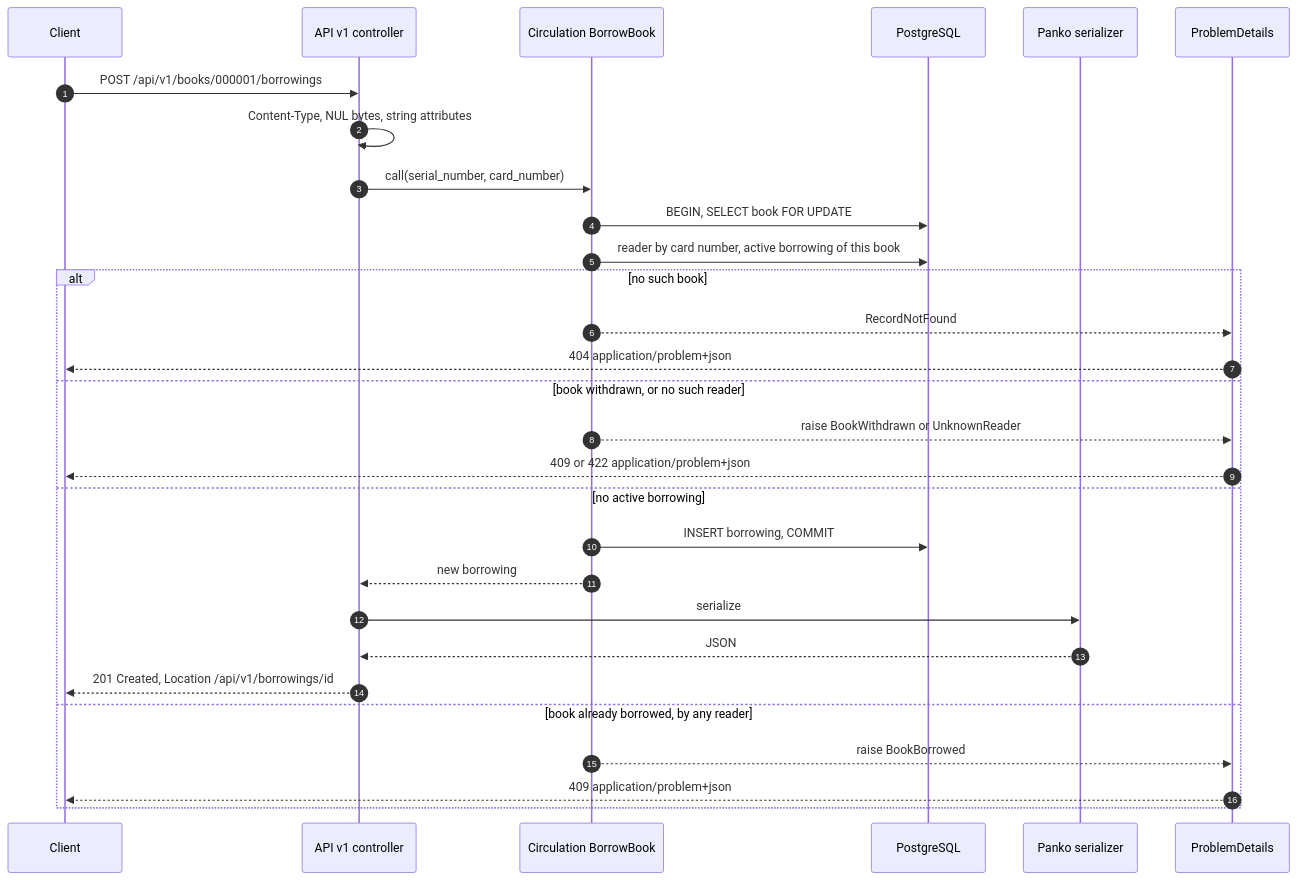
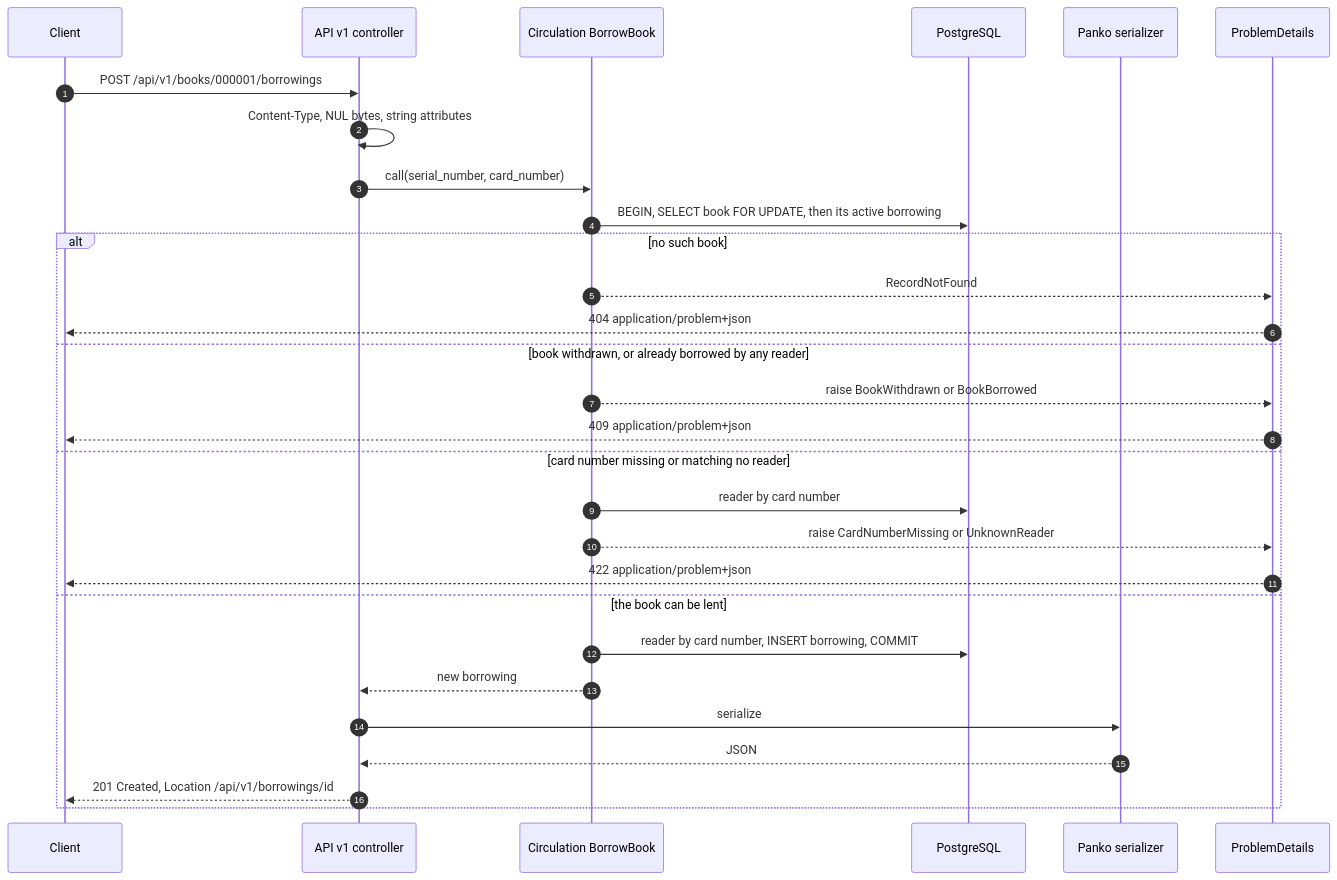
One commit to bbronek/bookcase-api changed the second of 6 diagrams in docs/diagrams.md. Above: the diagram before and after it, drawn with Mermaid. The commit also changed other lines of this file and 4 other files, not shown here.

Commit message:
docs: bring the README, AGENTS.md and diagrams up to date

````diff
--- a/docs/diagrams.md
+++ b/docs/diagrams.md
@@ -39,32 +39,32 @@
 ```mermaid
 sequenceDiagram
     autonumber
     participant C as Client
     participant Ctl as API v1 controller
     participant Cmd as Circulation BorrowBook
     participant DB as PostgreSQL
     participant S as Panko serializer
     participant P as ProblemDetails
 
     C->>Ctl: POST /api/v1/books/000001/borrowings
     Ctl->>Ctl: Content-Type, NUL bytes, string attributes
     Ctl->>Cmd: call(serial_number, card_number)
-    Cmd->>DB: BEGIN, SELECT book FOR UPDATE
-    Cmd->>DB: reader by card number, active borrowing of this book
+    Cmd->>DB: BEGIN, SELECT book FOR UPDATE, then its active borrowing
     alt no such book
         Cmd-->>P: RecordNotFound
         P-->>C: 404 application/problem+json
-    else book withdrawn, or no such reader
-        Cmd-->>P: raise BookWithdrawn or UnknownReader
-        P-->>C: 409 or 422 application/problem+json
-    else no active borrowing
-        Cmd->>DB: INSERT borrowing, COMMIT
+    else book withdrawn, or already borrowed by any reader
+        Cmd-->>P: raise BookWithdrawn or BookBorrowed
+        P-->>C: 409 application/problem+json
+    else card number missing or matching no reader
+        Cmd->>DB: reader by card number
+        Cmd-->>P: raise CardNumberMissing or UnknownReader
+        P-->>C: 422 application/problem+json
+    else the book can be lent
+        Cmd->>DB: reader by card number, INSERT borrowing, COMMIT
         Cmd-->>Ctl: new borrowing
         Ctl->>S: serialize
         S-->>Ctl: JSON
         Ctl-->>C: 201 Created, Location /api/v1/borrowings/id
-    else book already borrowed, by any reader
-        Cmd-->>P: raise BookBorrowed
-        P-->>C: 409 application/problem+json
     end
 ```
````
